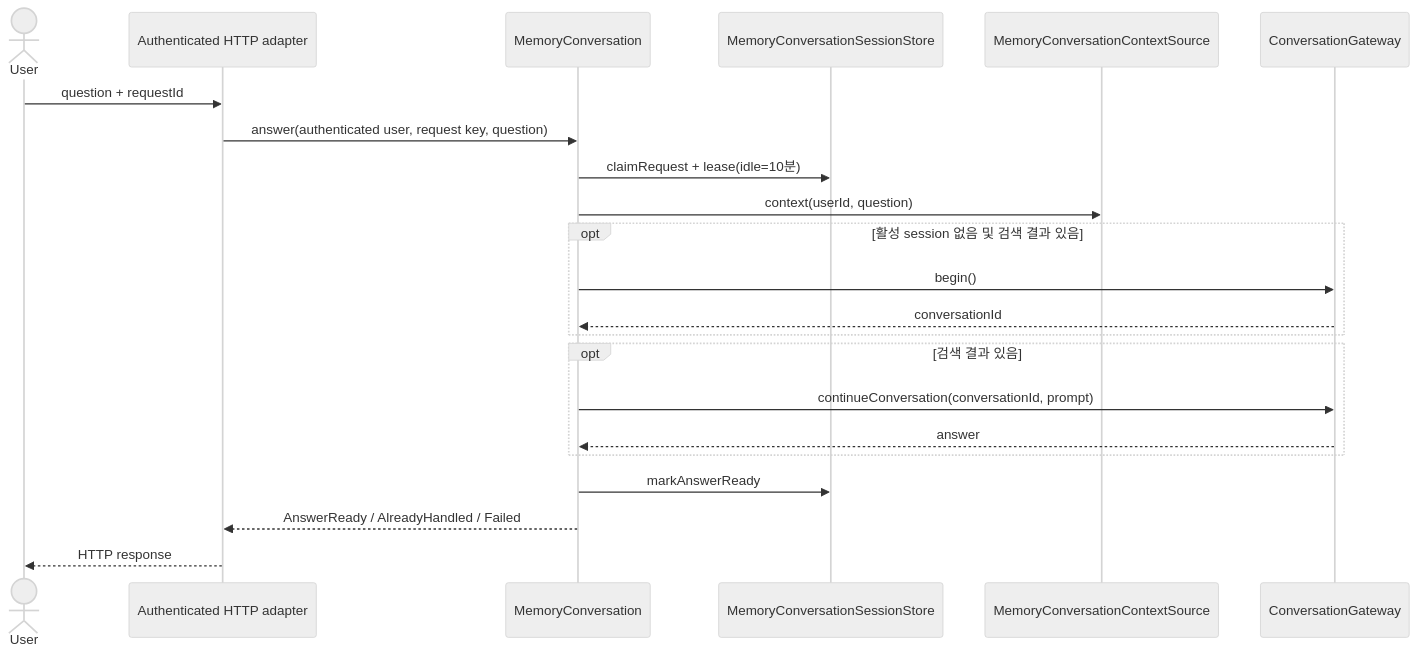
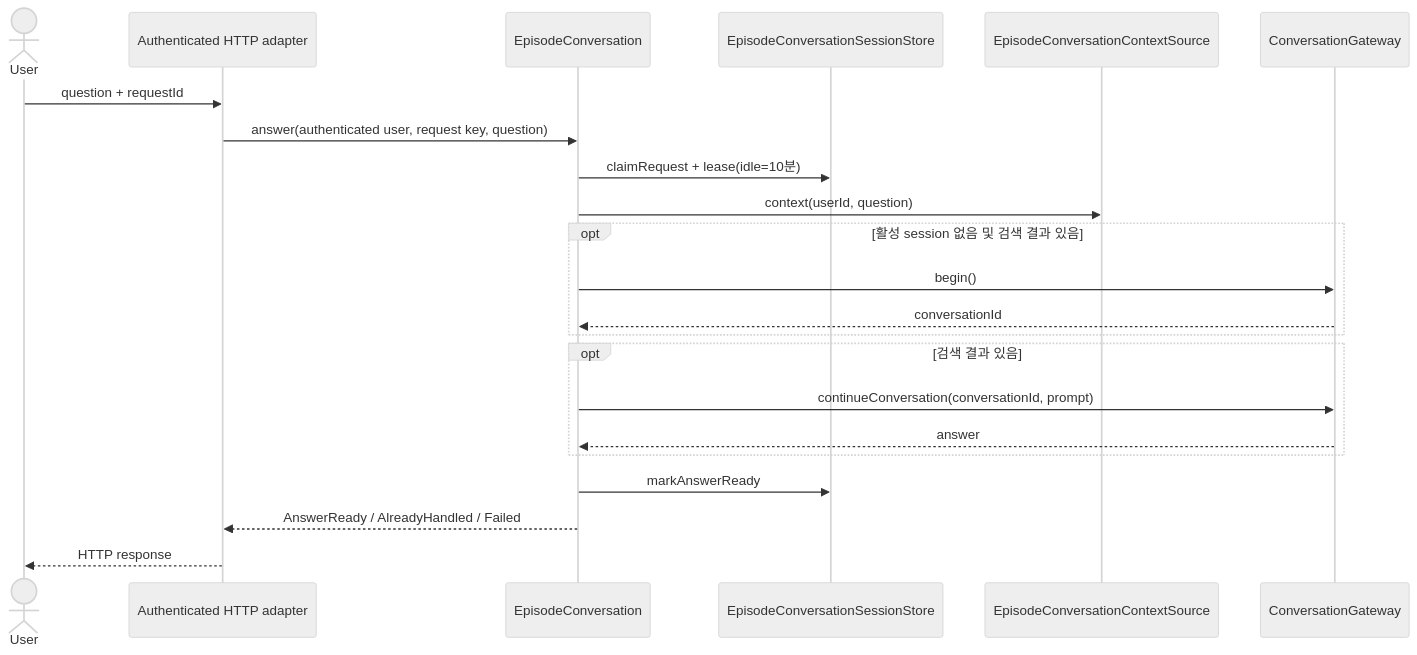
Before and after one commit to magenta1223/home_assistant: the second of 2 diagrams in application/src/main/kotlin/com/homeassistant/application/usecase/README.md, drawn with Mermaid (neutral theme). The commit also changed other lines of this file and 321 other files, not shown here.

Commit message:
Rename Memory to Episode and Topic to Component

````diff
--- a/application/src/main/kotlin/com/homeassistant/application/usecase/README.md
+++ b/application/src/main/kotlin/com/homeassistant/application/usecase/README.md
@@ -53,25 +53,25 @@
 ```mermaid
 sequenceDiagram
     actor User
     participant HTTP as Authenticated HTTP adapter
-    participant Conversation as MemoryConversation
-    participant Sessions as MemoryConversationSessionStore
-    participant Context as MemoryConversationContextSource
+    participant Conversation as EpisodeConversation
+    participant Sessions as EpisodeConversationSessionStore
+    participant Context as EpisodeConversationContextSource
     participant Gateway as ConversationGateway
 
     User->>HTTP: question + requestId
     HTTP->>Conversation: answer(authenticated user, request key, question)
     Conversation->>Sessions: claimRequest + lease(idle=10분)
     Conversation->>Context: context(userId, question)
     opt 활성 session 없음 및 검색 결과 있음
         Conversation->>Gateway: begin()
         Gateway-->>Conversation: conversationId
     end
     opt 검색 결과 있음
         Conversation->>Gateway: continueConversation(conversationId, prompt)
         Gateway-->>Conversation: answer
     end
     Conversation->>Sessions: markAnswerReady
     Conversation-->>HTTP: AnswerReady / AlreadyHandled / Failed
     HTTP-->>User: HTTP response
 ```
````
